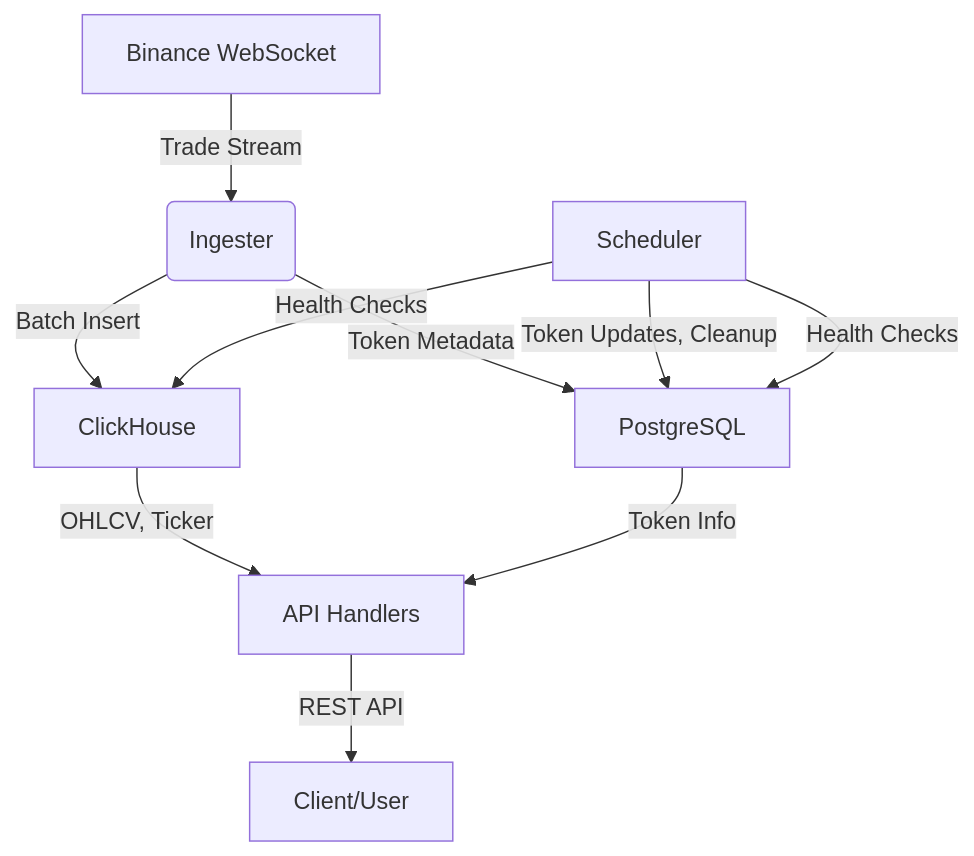
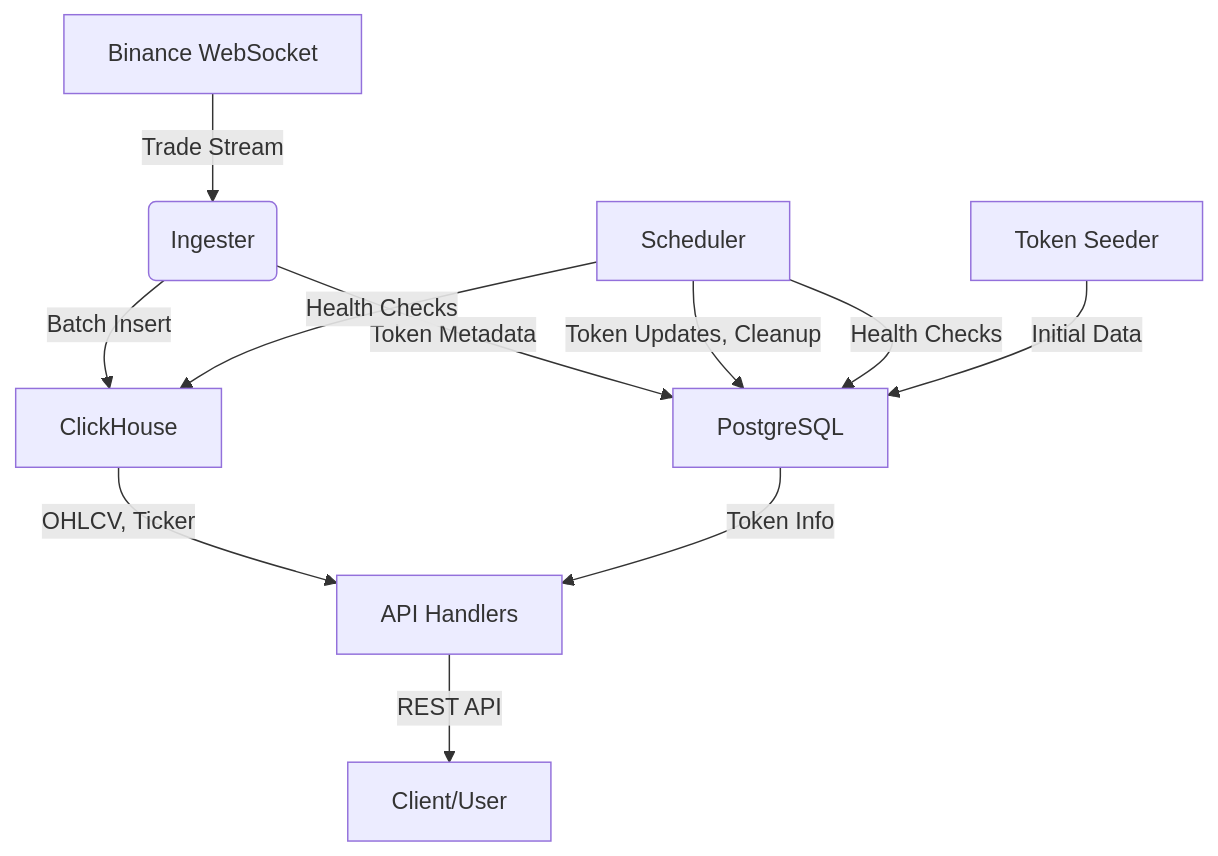
Before and after one commit to asmitsharp/trading: the diagram in README.md, drawn with Mermaid. The commit also changed other lines of this file and 13 other files, not shown here.

````diff
--- a/README.md
+++ b/README.md
@@ -11,12 +11,13 @@
 ```mermaid
 graph TD
   A[Binance WebSocket] -->|Trade Stream| B(Ingester)
   B -->|Batch Insert| C[ClickHouse]
   B -->|Token Metadata| D[PostgreSQL]
   C -->|OHLCV, Ticker| E[API Handlers]
   D -->|Token Info| E
   E -->|REST API| F[Client/User]
   G[Scheduler] -->|Token Updates, Cleanup| D
   G -->|Health Checks| C
   G -->|Health Checks| D
+  H[Token Seeder] -->|Initial Data| D
 ```
````
